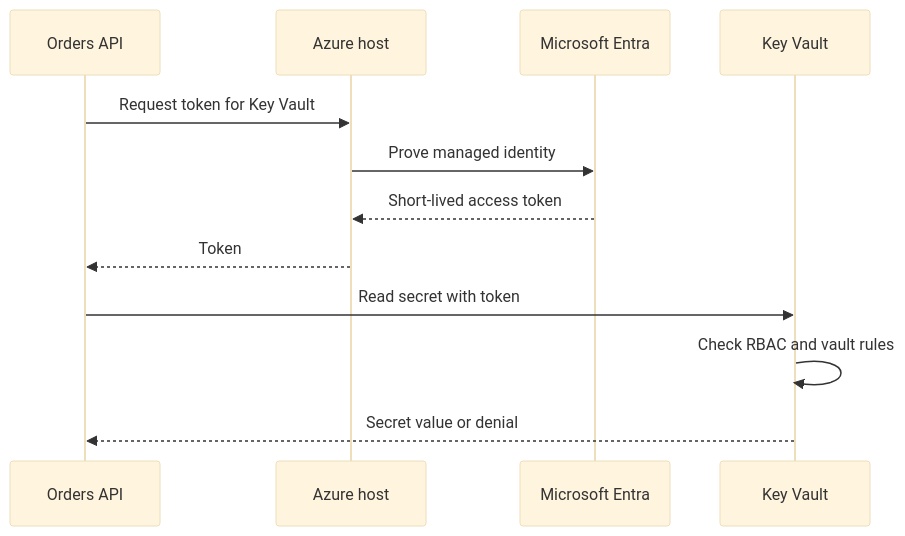
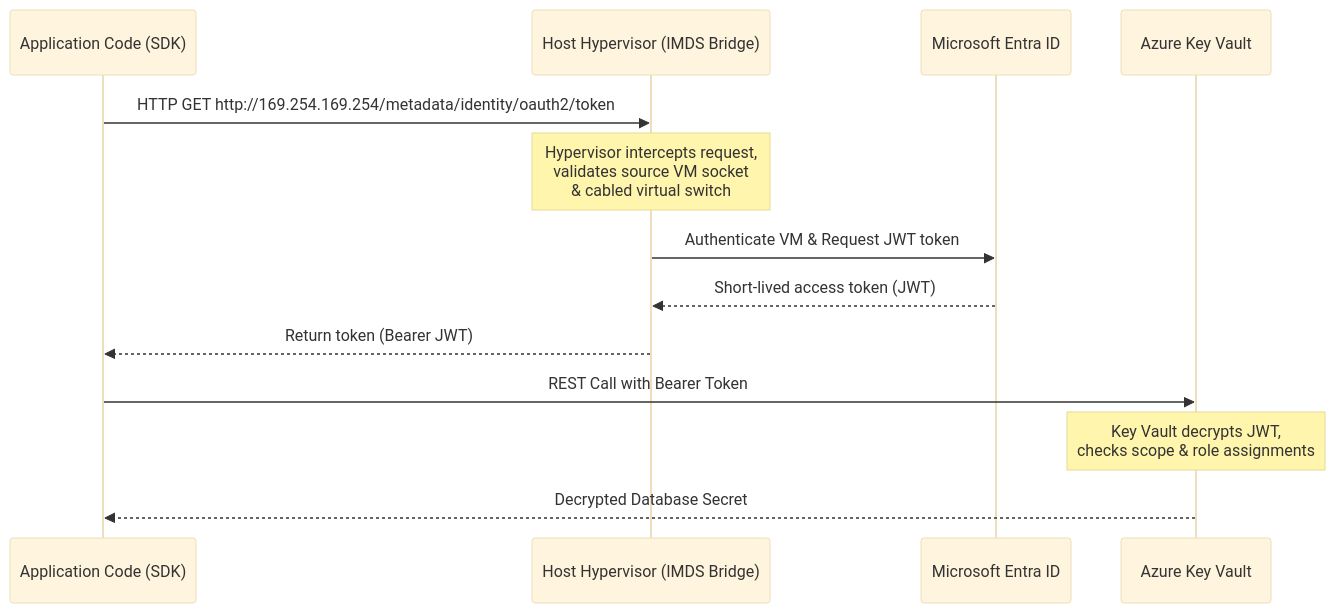
One commit to senlinyy/dev-roadmaps changed the diagram in cloud-providers/azure/identity-security/managed-identities.md. Above: the diagram before and after it, drawn with Mermaid (base theme). The commit also changed other lines of this file and 142 other files, not shown here.

````diff
--- a/cloud-providers/azure/identity-security/managed-identities.md
+++ b/cloud-providers/azure/identity-security/managed-identities.md
@@ -111,15 +120,16 @@
 ```mermaid
 sequenceDiagram
-    participant App as Orders API
-    participant Host as Azure host
-    participant Entra as Microsoft Entra
-    participant Vault as Key Vault
+    participant App as Application Code (SDK)
+    participant Hypervisor as Host Hypervisor (IMDS Bridge)
+    participant Entra as Microsoft Entra ID
+    participant Vault as Azure Key Vault
 
-    App->>Host: Request token for Key Vault
-    Host->>Entra: Prove managed identity
-    Entra-->>Host: Short-lived access token
-    Host-->>App: Token
-    App->>Vault: Read secret with token
-    Vault->>Vault: Check RBAC and vault rules
-    Vault-->>App: Secret value or denial
+    App->>Hypervisor: HTTP GET http://169.254.169.254/metadata/identity/oauth2/token
+    Note over Hypervisor: Hypervisor intercepts request,<br/>validates source VM socket<br/>& cabled virtual switch
+    Hypervisor->>Entra: Authenticate VM & Request JWT token
+    Entra-->>Hypervisor: Short-lived access token (JWT)
+    Hypervisor-->>App: Return token (Bearer JWT)
+    App->>Vault: REST Call with Bearer Token
+    Note over Vault: Key Vault decrypts JWT,<br/>checks scope & role assignments
+    Vault-->>App: Decrypted Database Secret
 ```
````
